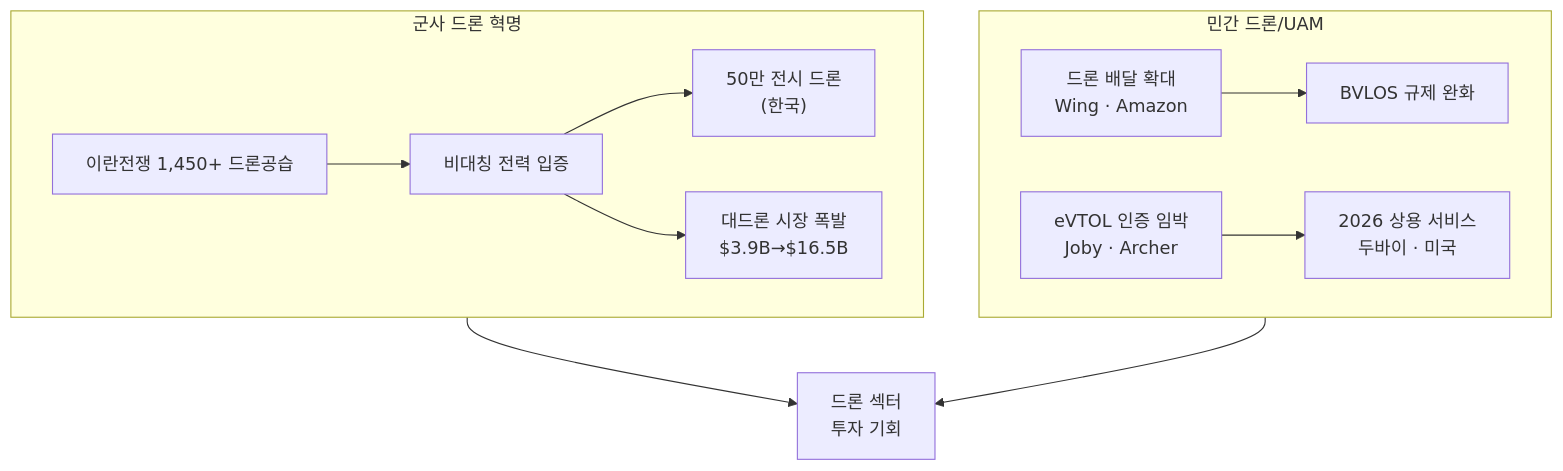
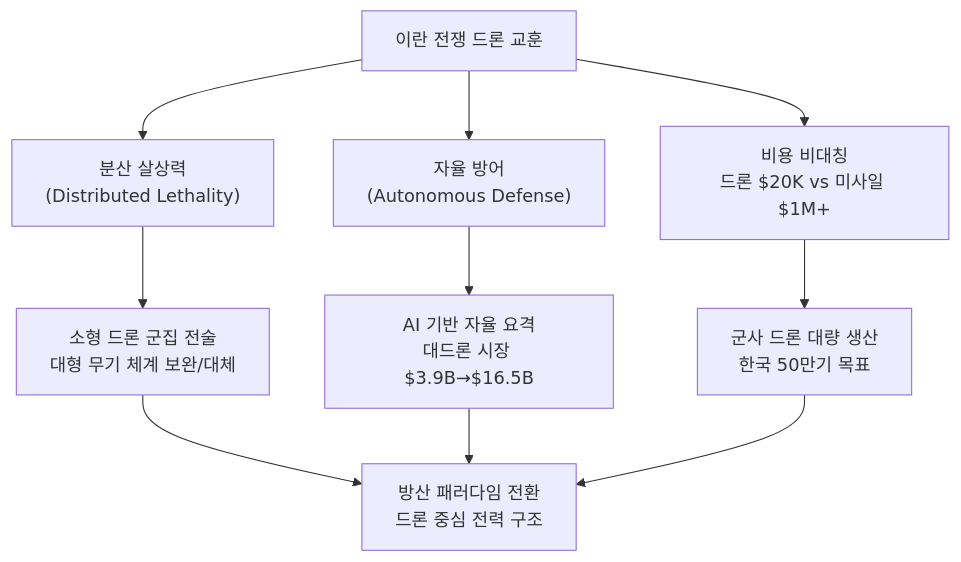
Before and after one commit to dss99911/dss99911.github.io: the fourth of 7 diagrams in _posts/knowledge/invest/2026-03-07-defense-space-sector-outlook-2026.md, drawn with Mermaid. The commit also changed other lines of this file and 4 other files, not shown here.

````diff
--- a/_posts/knowledge/invest/2026-03-07-defense-space-sector-outlook-2026.md
+++ b/_posts/knowledge/invest/2026-03-07-defense-space-sector-outlook-2026.md
@@ -109,16 +168,14 @@
 ```mermaid
 graph TD
-    subgraph Military["군사 드론 혁명"]
-        M1["이란전쟁 1,450+ 드론공습"] --> M2["비대칭 전력 입증"]
-        M2 --> M3["50만 전시 드론<br/>(한국)"]
-        M2 --> M4["대드론 시장 폭발<br/>$3.9B→$16.5B"]
-    end
+    A["이란 전쟁 드론 교훈"] --> B["분산 살상력<br/>(Distributed Lethality)"]
+    A --> C["자율 방어<br/>(Autonomous Defense)"]
+    A --> D["비용 비대칭<br/>드론 $20K vs 미사일 $1M+"]
 
-    subgraph Commercial["민간 드론/UAM"]
-        C1["드론 배달 확대<br/>Wing · Amazon"] --> C2["BVLOS 규제 완화"]
-        C3["eVTOL 인증 임박<br/>Joby · Archer"] --> C4["2026 상용 서비스<br/>두바이 · 미국"]
-    end
+    B --> E["소형 드론 군집 전술<br/>대형 무기 체계 보완/대체"]
+    C --> F["AI 기반 자율 요격<br/>대드론 시장 $3.9B→$16.5B"]
+    D --> G["군사 드론 대량 생산<br/>한국 50만기 목표"]
 
-    Military --> E["드론 섹터<br/>투자 기회"]
-    Commercial --> E
+    E --> H["방산 패러다임 전환<br/>드론 중심 전력 구조"]
+    F --> H
+    G --> H
 ```
````
